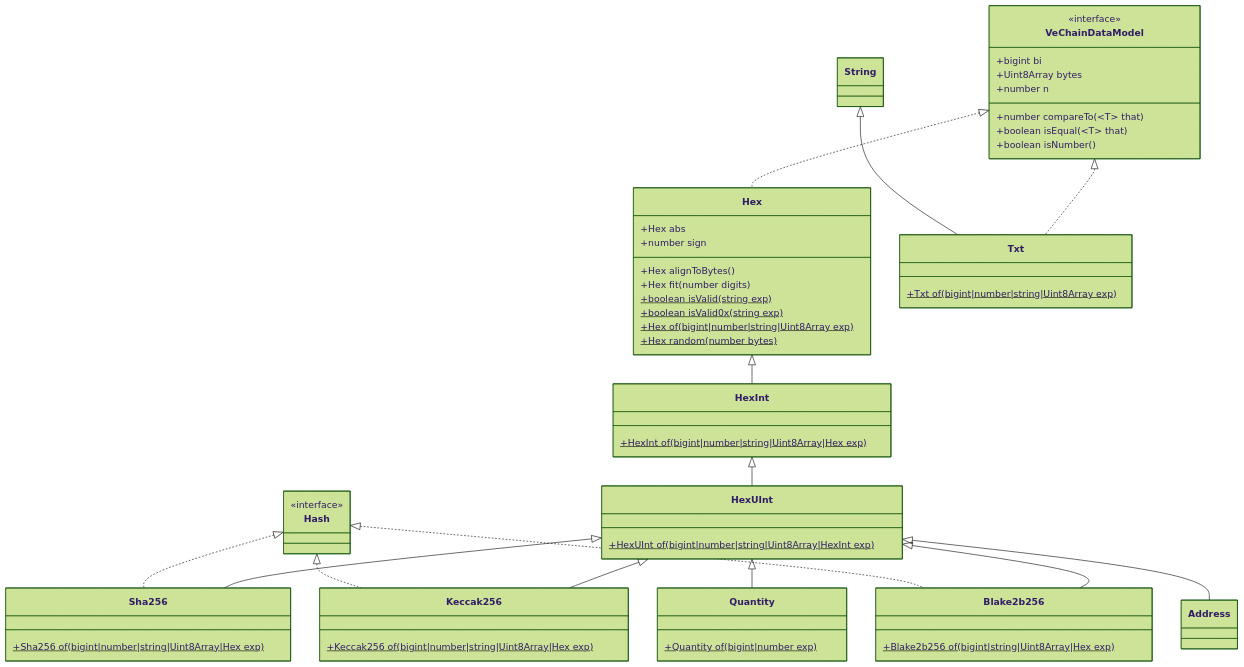
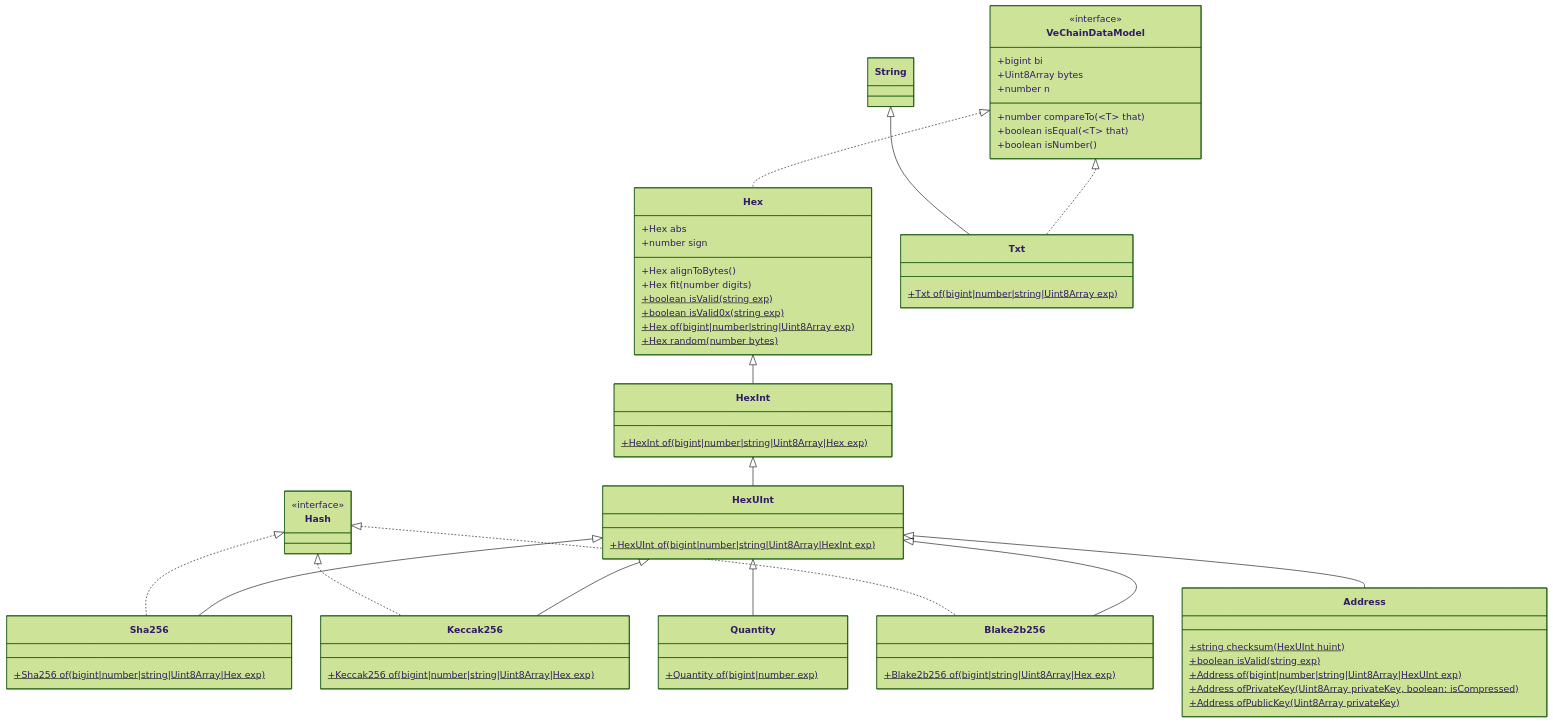
Before and after one commit to vechain/vechain-sdk-js: the diagram in docs/diagrams/architecture/vcdm.md, drawn with Mermaid (forest theme). The commit also changed 6 other files, not shown here.

Commit message:
feat: 1105 class Address.ts documented in examples and diagrams

````diff
--- a/docs/diagrams/architecture/vcdm.md
+++ b/docs/diagrams/architecture/vcdm.md
@@ -1,61 +1,67 @@
 ```mermaid
 classDiagram
-    class Address
+    class Address {
+        +string checksum(HexUInt huint)$
+        +boolean isValid(string exp)$
+        +Address of(bigint|number|string|Uint8Array|HexUInt exp)$
+        +Address ofPrivateKey(Uint8Array privateKey, boolean: isCompressed)$
+        +Address ofPublicKey(Uint8Array privateKey)$
+    }
     class Blake2b256 {
         +Blake2b256 of(bigint|string|Uint8Array|Hex exp)$
     }
     class Hash {
         <<interface>>
     }
     class Hex {
         +Hex abs
         +number sign
         +Hex alignToBytes()
         +Hex fit(number digits)
         +boolean isValid(string exp)$
         +boolean isValid0x(string exp)$
         +Hex of(bigint|number|string|Uint8Array exp)$
         +Hex random(number bytes)$
     }
     class HexInt {
         +HexInt of(bigint|number|string|Uint8Array|Hex exp)$
     }
     class HexUInt {
         +HexUInt of(bigint|number|string|Uint8Array|HexInt exp)$
     }
     class Keccak256 {
         +Keccak256 of(bigint|number|string|Uint8Array|Hex exp)$
     }
     class Quantity {
         +Quantity of(bigint|number exp)$
     }
     class Sha256 {
         +Sha256 of(bigint|number|string|Uint8Array|Hex exp)$
     }
     class String
     class Txt {
         +Txt of(bigint|number|string|Uint8Array exp)$
     }
     class VeChainDataModel{
         <<interface>>
       +bigint bi
       +Uint8Array bytes
       +number n
       +number compareTo(~T~ that)
       +boolean isEqual(~T~ that)
       +boolean isNumber()
     }
     Hash <|.. Blake2b256
     Hash <|.. Keccak256
     Hash <|.. Sha256
     Hex <|-- HexInt
     HexInt <|-- HexUInt
     HexUInt <|-- Address
     HexUInt <|-- Blake2b256
     HexUInt <|-- Keccak256
     HexUInt <|-- Quantity
     HexUInt <|-- Sha256
     String <|-- Txt
     VeChainDataModel <|.. Hex
     VeChainDataModel <|.. Txt
 ```
````
